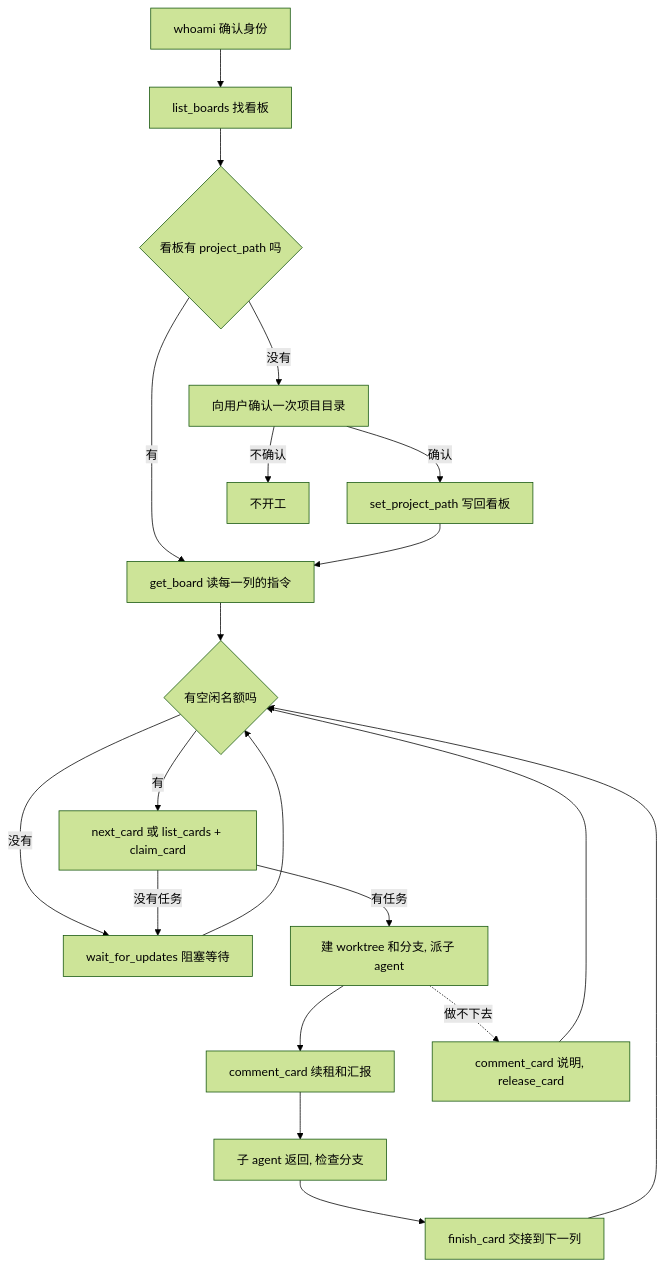
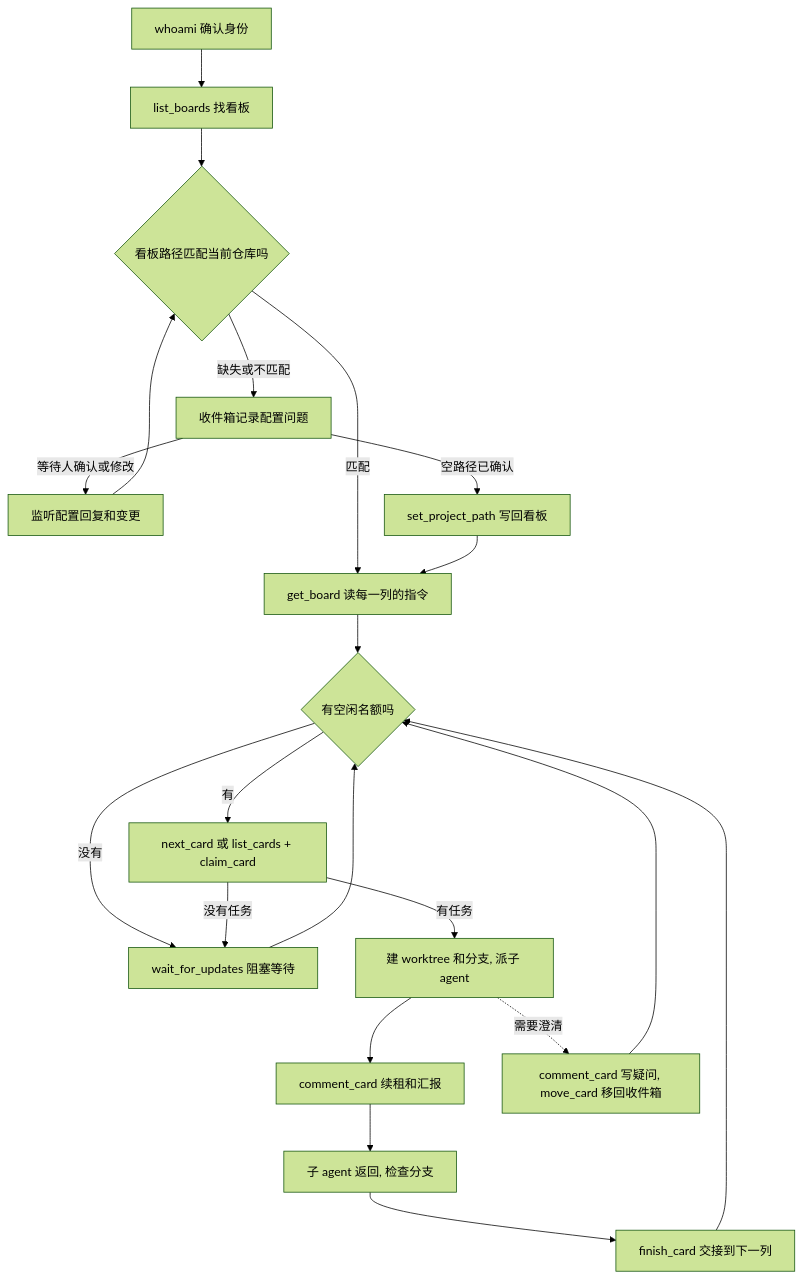
Before and after one commit to ixugo/slate-kanban: the second of 2 diagrams in .cursor/scopes/agent.skill.go.md, drawn with Mermaid (forest theme). The commit also changed other lines of this file and 6 other files, not shown here.

````diff
--- a/.cursor/scopes/agent.skill.go.md
+++ b/.cursor/scopes/agent.skill.go.md
@@ -47,21 +47,22 @@
 ```mermaid
 flowchart TD
     A[whoami 确认身份] --> B[list_boards 找看板]
-    B --> C{看板有 project_path 吗}
-    C -->|有| E[get_board 读每一列的指令]
-    C -->|没有| D[向用户确认一次项目目录]
-    D -->|确认| D2[set_project_path 写回看板] --> E
-    D -->|不确认| Z[不开工]
+    B --> C{看板路径匹配当前仓库吗}
+    C -->|匹配| E[get_board 读每一列的指令]
+    C -->|缺失或不匹配| D[收件箱记录配置问题]
+    D -->|等待人确认或修改| Q[监听配置回复和变更]
+    Q --> C
+    D -->|空路径已确认| D2[set_project_path 写回看板] --> E
     E --> F{有空闲名额吗}
     F -->|没有| W
     F -->|有| G[next_card 或 list_cards + claim_card]
     G -->|有任务| H[建 worktree 和分支, 派子 agent]
     G -->|没有任务| W[wait_for_updates 阻塞等待]
     H --> I[comment_card 续租和汇报]
     I --> J[子 agent 返回, 检查分支]
     J --> K[finish_card 交接到下一列]
     K --> F
     W --> F
-    H -.->|做不下去| R[comment_card 说明, release_card]
+    H -.->|需要澄清| R[comment_card 写疑问, move_card 移回收件箱]
     R --> F
 ```
````
